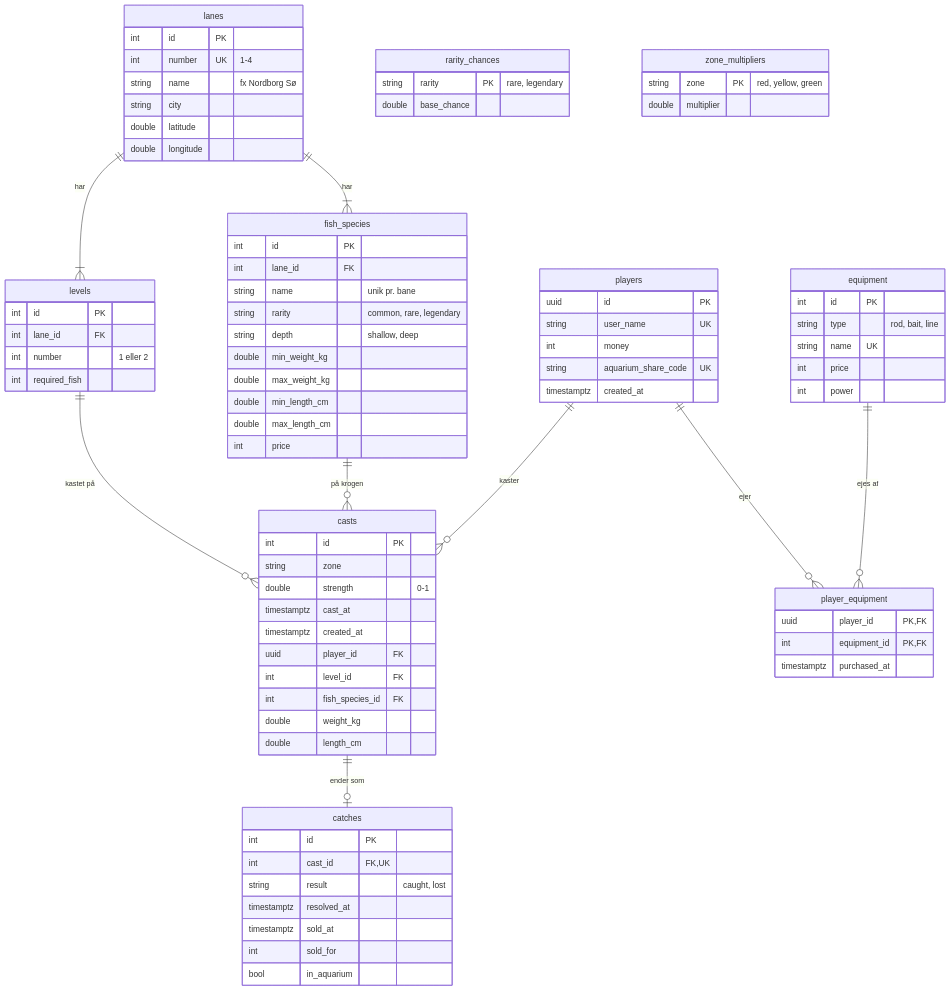
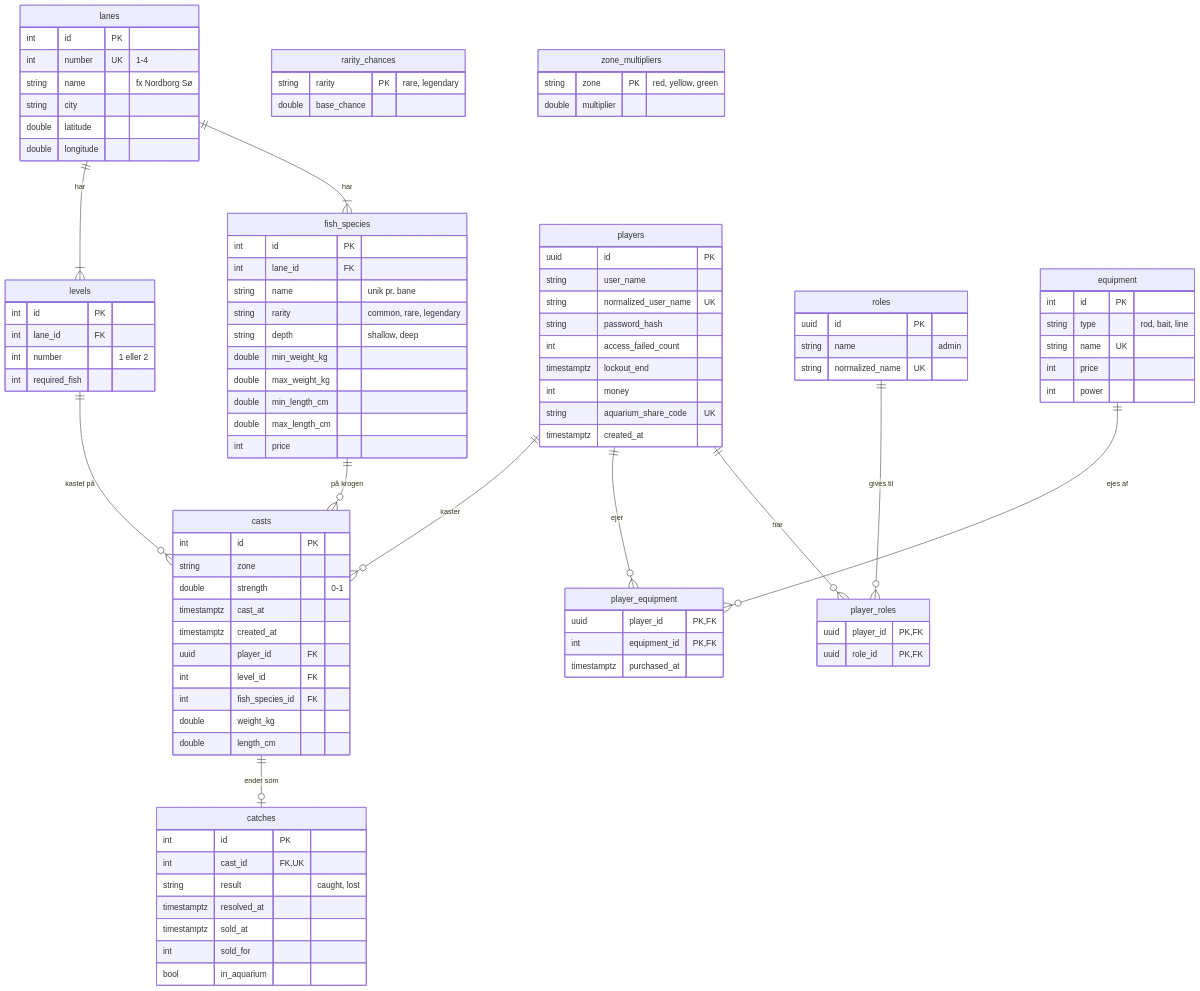
The diagram in docs/data-model.md (Mercantec-GHC/H3-Online-ByteBait), drawn with Mermaid before and after one commit. The commit also changed other lines of this file and 15 other files, not shown here.

```diff
--- a/docs/data-model.md
+++ b/docs/data-model.md
@@ -12,6 +12,8 @@
     lanes ||--|{ fish_species : "har"
     players ||--o{ casts : "kaster"
     players ||--o{ player_equipment : "ejer"
+    players ||--o{ player_roles : "har"
+    roles ||--o{ player_roles : "gives til"
     equipment ||--o{ player_equipment : "ejes af"
     levels ||--o{ casts : "kastet på"
     fish_species ||--o{ casts : "på krogen"
@@ -60,10 +62,23 @@
     }
     players {
         uuid id PK
-        string user_name UK
+        string user_name
+        string normalized_user_name UK
+        string password_hash
+        int access_failed_count
+        timestamptz lockout_end
         int money
         string aquarium_share_code UK
         timestamptz created_at
+    }
+    roles {
+        uuid id PK
+        string name "admin"
+        string normalized_name UK
+    }
+    player_roles {
+        uuid player_id PK, FK
+        uuid role_id PK, FK
     }
     player_equipment {
         uuid player_id PK, FK
```
